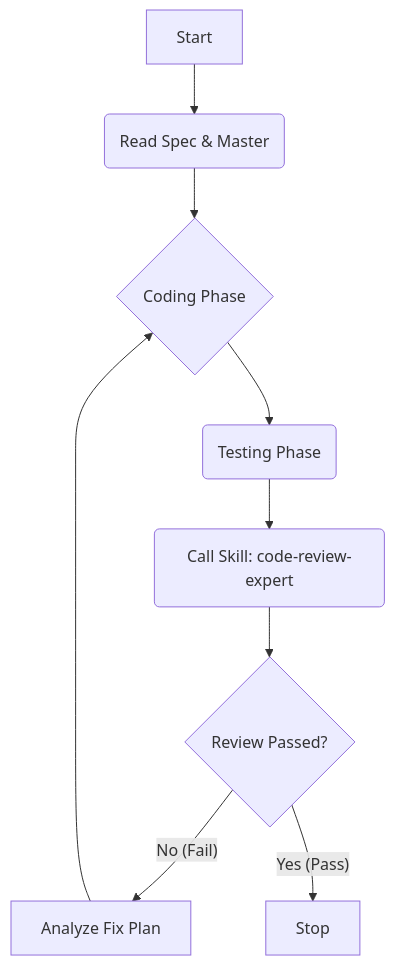
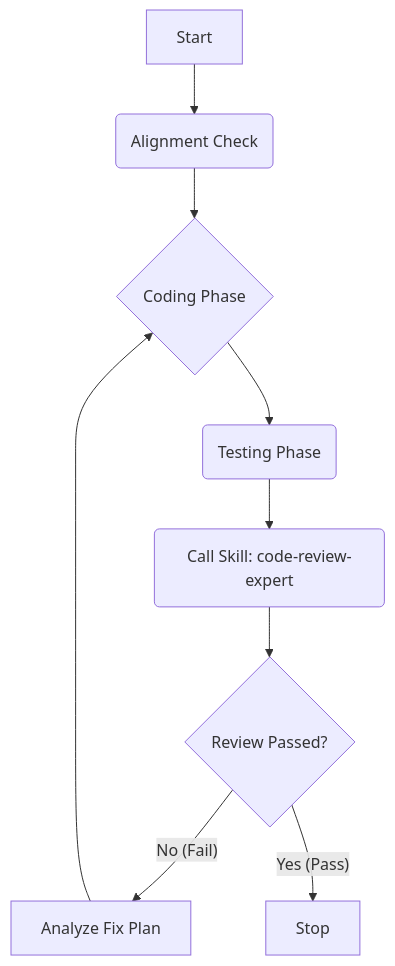
Before and after one commit to excelwang/fustor: the diagram in .agent/skills/iterative-implementation/SKILL.md, drawn with Mermaid. The commit also changed other lines of this file and 2 other files, not shown here.

````diff
--- a/.agent/skills/iterative-implementation/SKILL.md
+++ b/.agent/skills/iterative-implementation/SKILL.md
@@ -16,11 +16,11 @@
 ```mermaid
 graph TD
-    A[Start] --> B(Read Spec & Master)
+    A[Start] --> B(Alignment Check)
     B --> C{Coding Phase}
     C --> D(Testing Phase)
     D --> E(Call Skill: code-review-expert)
     E --> F{Review Passed?}
     F -- No (Fail) --> G[Analyze Fix Plan]
     G --> C
     F -- Yes (Pass) --> H[Stop]
 ```
````
